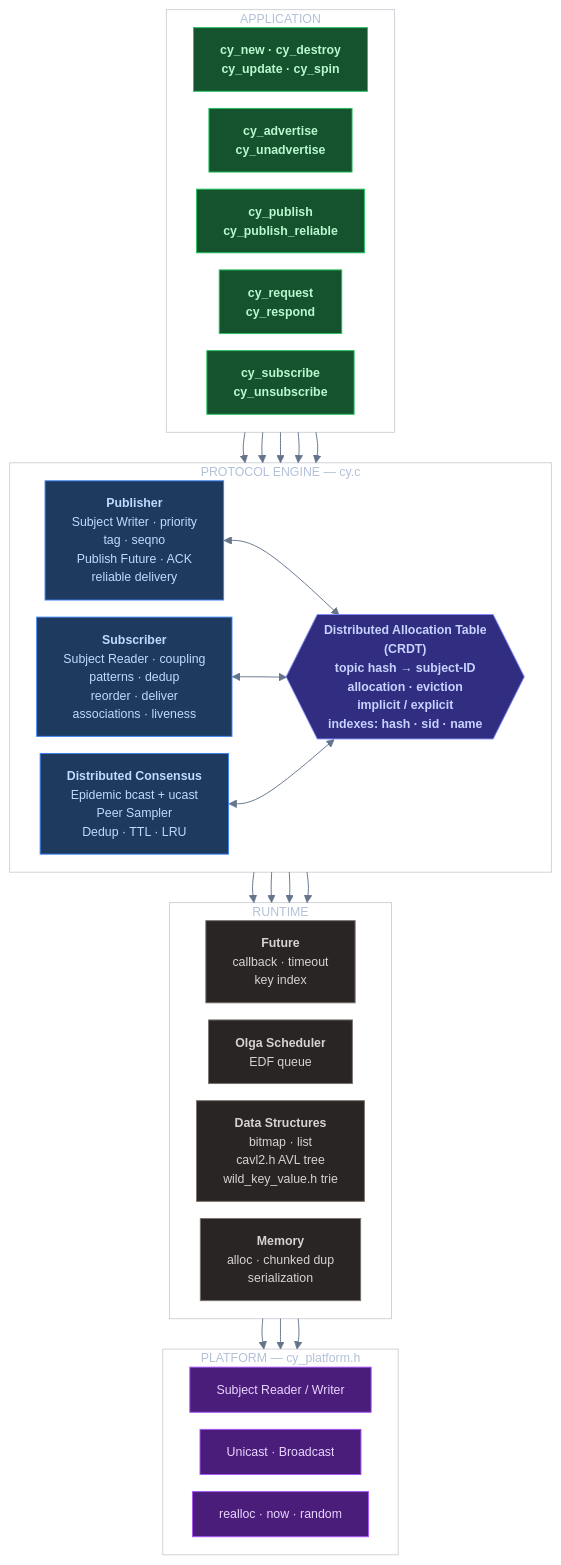
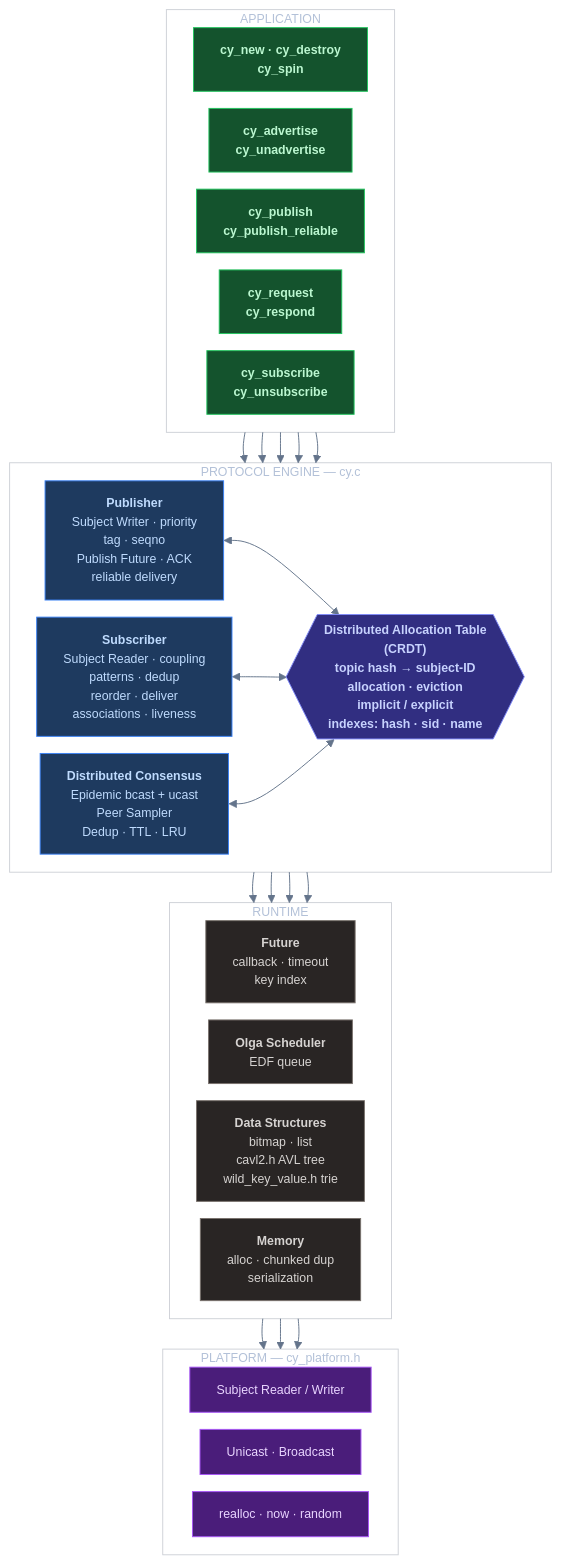
One commit to OpenCyphal-Garage/cy changed the diagram in README.md. Above: the diagram before and after it, drawn with Mermaid. The commit also changed 1 other file, not shown here.

````diff
--- a/README.md
+++ b/README.md
@@ -57,65 +57,65 @@
 ```mermaid
 %%{init: {"theme": "base", "themeVariables": {"primaryColor": "#1e293b", "primaryTextColor": "#e2e8f0", "primaryBorderColor": "#475569", "lineColor": "#64748b", "secondaryColor": "#1e293b", "background": "#0f172a", "mainBkg": "#1e293b", "nodeBorder": "#475569", "clusterBkg": "#ffffff08", "clusterBorder": "#47556944", "edgeLabelBackground": "#0f172a", "fontSize": "13px"}, "flowchart": {"curve": "basis", "padding": 14, "nodeSpacing": 18, "rankSpacing": 32}}}%%
 graph TB
 
   subgraph API["APPLICATION"]
     direction LR
-    A1["<b>cy_new · cy_destroy</b><br/>cy_update · cy_spin"]
+    A1["<b>cy_new · cy_destroy</b><br/>cy_spin"]
     A2["<b>cy_advertise</b><br/>cy_unadvertise"]
     A3["<b>cy_publish</b><br/>cy_publish_reliable"]
     A4["<b>cy_request</b><br/>cy_respond"]
     A5["<b>cy_subscribe</b><br/>cy_unsubscribe"]
   end
 
   subgraph ENGINE["PROTOCOL ENGINE — cy.c"]
     direction LR
     G["<b>Distributed Consensus</b><br/>Epidemic bcast + ucast<br/>Peer Sampler<br/>Dedup · TTL · LRU"]
     P["<b>Publisher</b><br/>Subject Writer · priority<br/>tag · seqno<br/>Publish Future · ACK<br/>reliable delivery"]
     T{{"<b>Distributed Allocation Table<br/>(CRDT)</b><br/>topic hash → subject-ID<br/>allocation · eviction<br/>implicit / explicit<br/>indexes: hash · sid · name"}}
     S["<b>Subscriber</b><br/>Subject Reader · coupling<br/>patterns · dedup<br/>reorder · deliver<br/>associations · liveness"]
   end
 
   subgraph RT["RUNTIME"]
     direction LR
     F["<b>Future</b><br/>callback · timeout<br/>key index"]
     O["<b>Olga Scheduler</b><br/>EDF queue"]
     D["<b>Data Structures</b><br/>bitmap · list<br/>cavl2.h AVL tree<br/>wild_key_value.h trie"]
     M["<b>Memory</b><br/>alloc · chunked dup<br/>serialization"]
   end
 
   subgraph PL["PLATFORM — cy_platform.h"]
     direction LR
     X1["Subject Reader / Writer"]
     X2["Unicast · Broadcast"]
     X3["realloc · now · random"]
   end
 
   A1 --> T
   A2 & A3 & A4 --> P
   A5 --> S
 
   P <--> T
   S <--> T
   G <--> T
 
   G --> F
   P --> O
   T --> D
   S --> M
 
   F --> X1
   O --> X2
   M --> X3
 
   classDef api fill:#14532d,stroke:#22c55e,color:#bbf7d0,font-weight:bold
   classDef core fill:#1e3a5f,stroke:#3b82f6,color:#bfdbfe
   classDef topic fill:#312e81,stroke:#818cf8,color:#c7d2fe,font-weight:bold
   classDef rt fill:#292524,stroke:#78716c,color:#d6d3d1
   classDef plat fill:#4a1d7a,stroke:#a855f7,color:#e9d5ff
 
   class A1,A2,A3,A4,A5 api
   class P,S,G core
   class T topic
   class F,O,D,M rt
   class X1,X2,X3 plat
 ```
````
